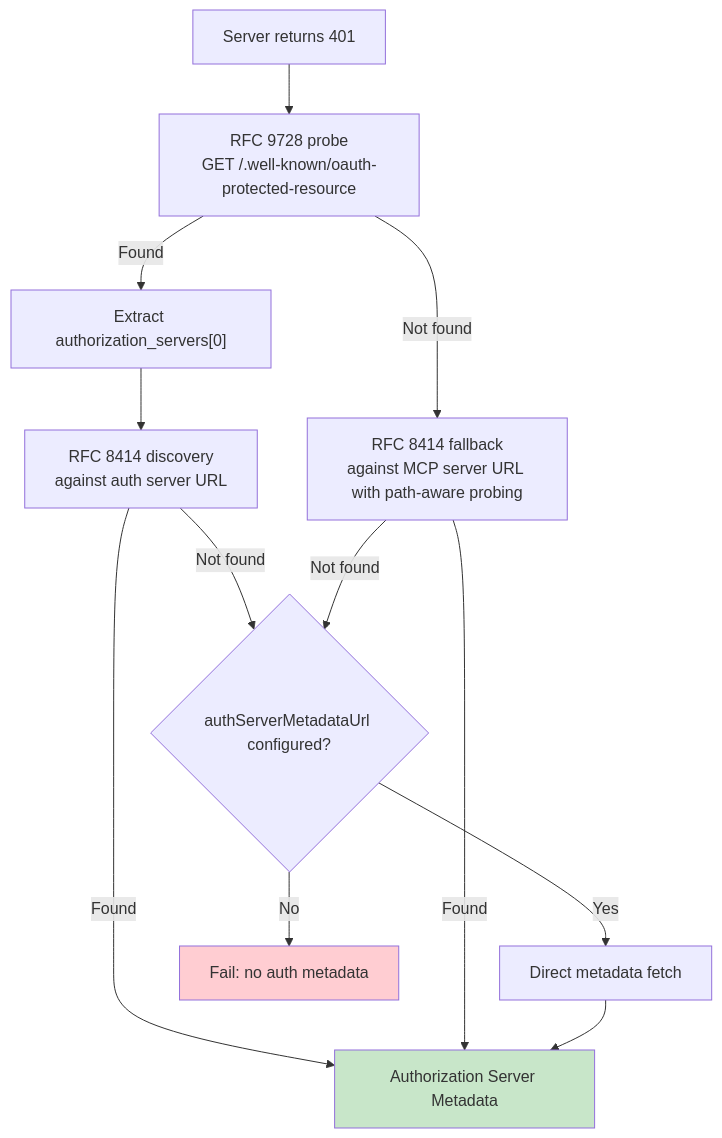
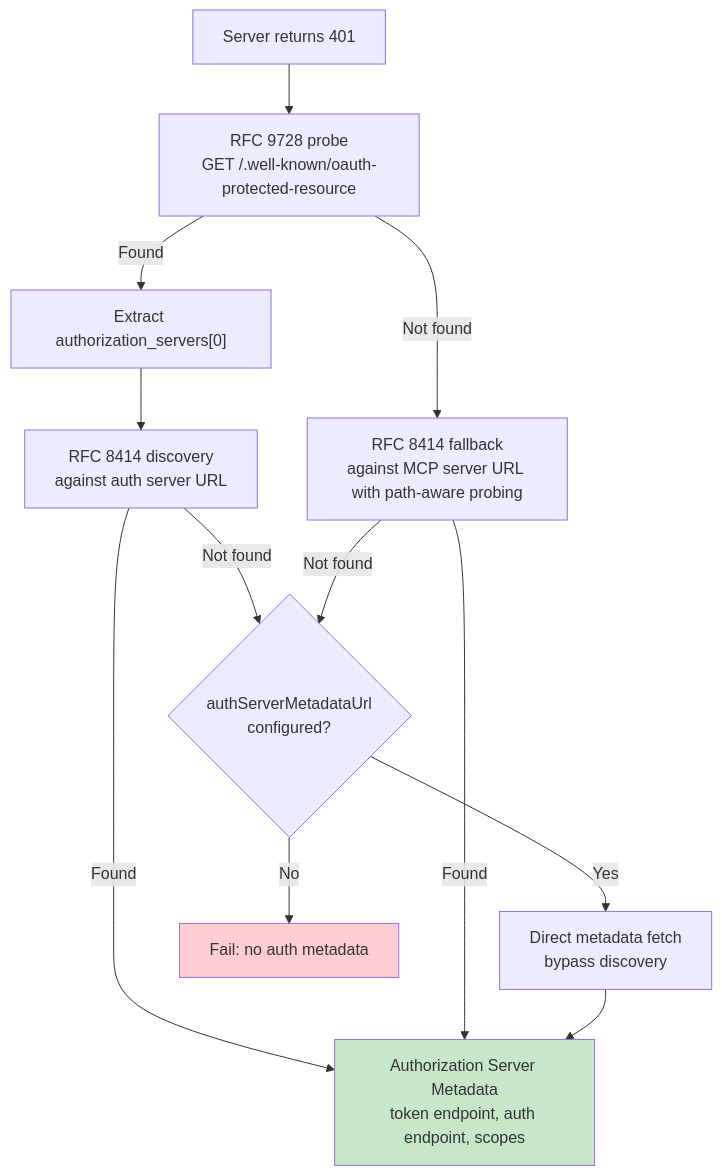
One commit to llwanghong/claude-code-universe changed the second of 2 diagrams in book-zh/ch15-mcp.md. Above: the diagram before and after it, drawn with Mermaid. The commit also changed other lines of this file and 1 other file, not shown here.

````diff
--- a/book-zh/ch15-mcp.md
+++ b/book-zh/ch15-mcp.md
@@ -88,17 +96,17 @@
 ```mermaid
 flowchart TD
     A[Server returns 401] --> B["RFC 9728 probe<br/>GET /.well-known/oauth-protected-resource"]
     B -->|Found| C["Extract authorization_servers[0]"]
     C --> D["RFC 8414 discovery<br/>against auth server URL"]
     B -->|Not found| E["RFC 8414 fallback<br/>against MCP server URL with path-aware probing"]
-    D -->|Found| F[Authorization Server Metadata]
+    D -->|Found| F[Authorization Server Metadata<br/>token endpoint, auth endpoint, scopes]
     E -->|Found| F
-    D -->|Not found| G{authServerMetadataUrl configured?}
+    D -->|Not found| G{authServerMetadataUrl<br/>configured?}
     E -->|Not found| G
-    G -->|Yes| H[Direct metadata fetch]
+    G -->|Yes| H[Direct metadata fetch<br/>bypass discovery]
     G -->|No| I[Fail: no auth metadata]
     H --> F
 
     style F fill:#c8e6c9
     style I fill:#ffcdd2
 ```
````
